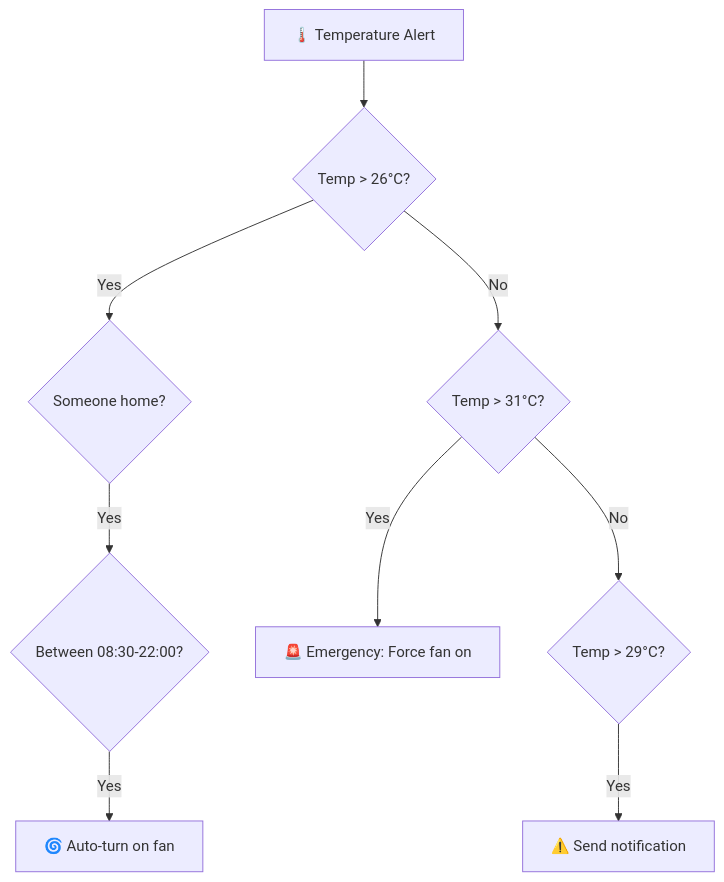
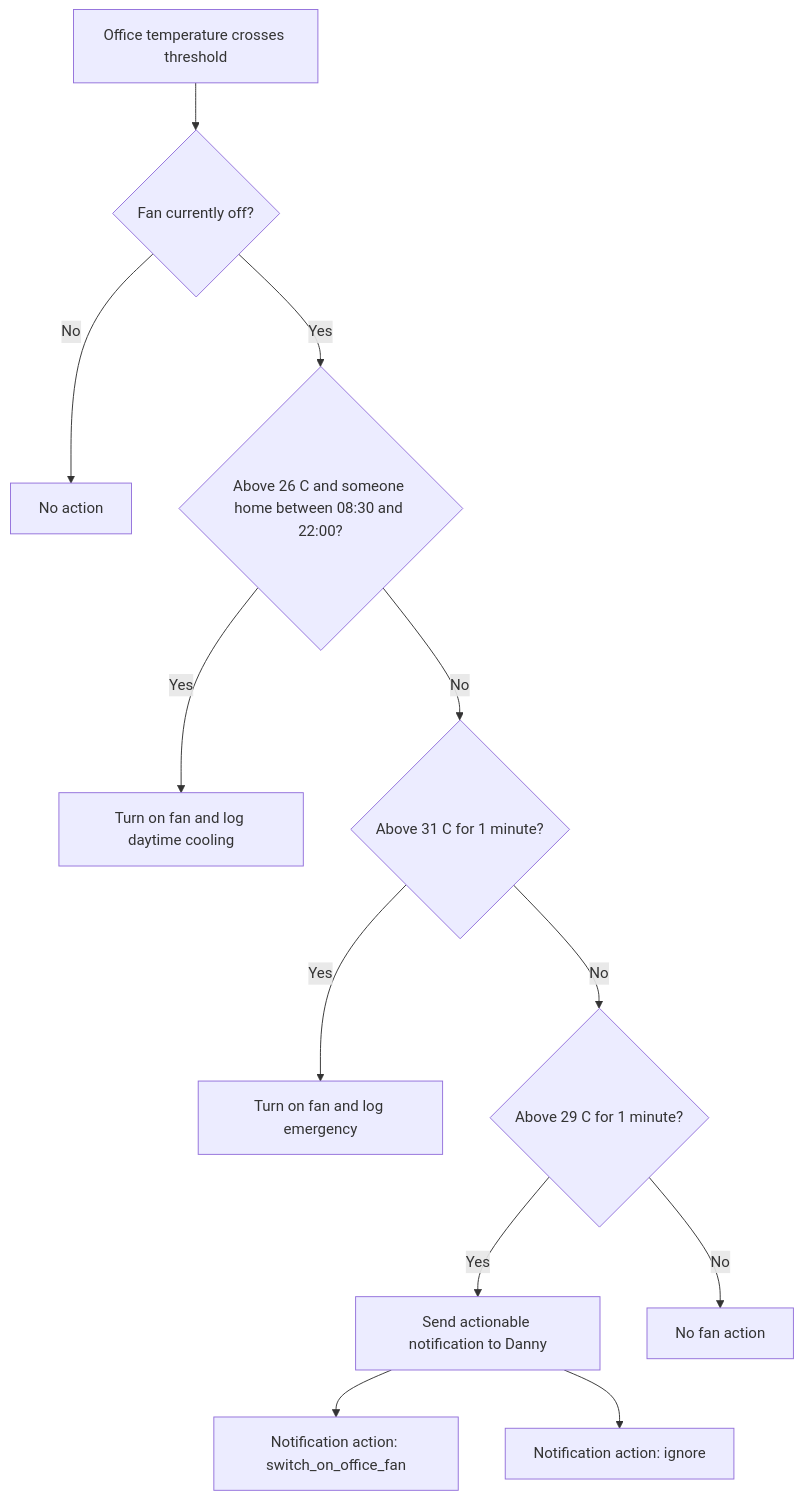
Before and after one commit to dannytsang/homeassistant-config: the fifth of 12 diagrams in packages/rooms/office/README.md, drawn with Mermaid. The commit also changed other lines of this file and 1 other file, not shown here.

Commit message:
Documentation update for Office package.

````diff
--- a/packages/rooms/office/README.md
+++ b/packages/rooms/office/README.md
@@ -211,11 +158,14 @@
 ```mermaid
 flowchart TD
-    A["🌡️ Temperature Alert"] --> B{"Temp > 26°C?"}
-    B -->|Yes| C{"Someone home?"}
-    C -->|Yes| D{"Between 08:30-22:00?"}
-    D -->|Yes| E["🌀 Auto-turn on fan"]
-    B -->|No| F{"Temp > 31°C?"}
-    F -->|Yes| G["🚨 Emergency: Force fan on"]
-    F -->|No| H{"Temp > 29°C?"}
-    H -->|Yes| I["⚠️ Send notification"]
+    TempChange[Office temperature crosses threshold] --> FanOff{Fan currently off?}
+    FanOff -->|No| IgnoreFan[No action]
+    FanOff -->|Yes| DayBranch{Above 26 C and someone home between 08:30 and 22:00?}
+    DayBranch -->|Yes| AutoFan[Turn on fan and log daytime cooling]
+    DayBranch -->|No| EmergencyBranch{Above 31 C for 1 minute?}
+    EmergencyBranch -->|Yes| EmergencyFan[Turn on fan and log emergency]
+    EmergencyBranch -->|No| WarningBranch{Above 29 C for 1 minute?}
+    WarningBranch -->|Yes| Notify[Send actionable notification to Danny]
+    WarningBranch -->|No| NoFanAction[No fan action]
+    Notify --> YesAction[Notification action: switch_on_office_fan]
+    Notify --> NoAction[Notification action: ignore]
 ```
````
